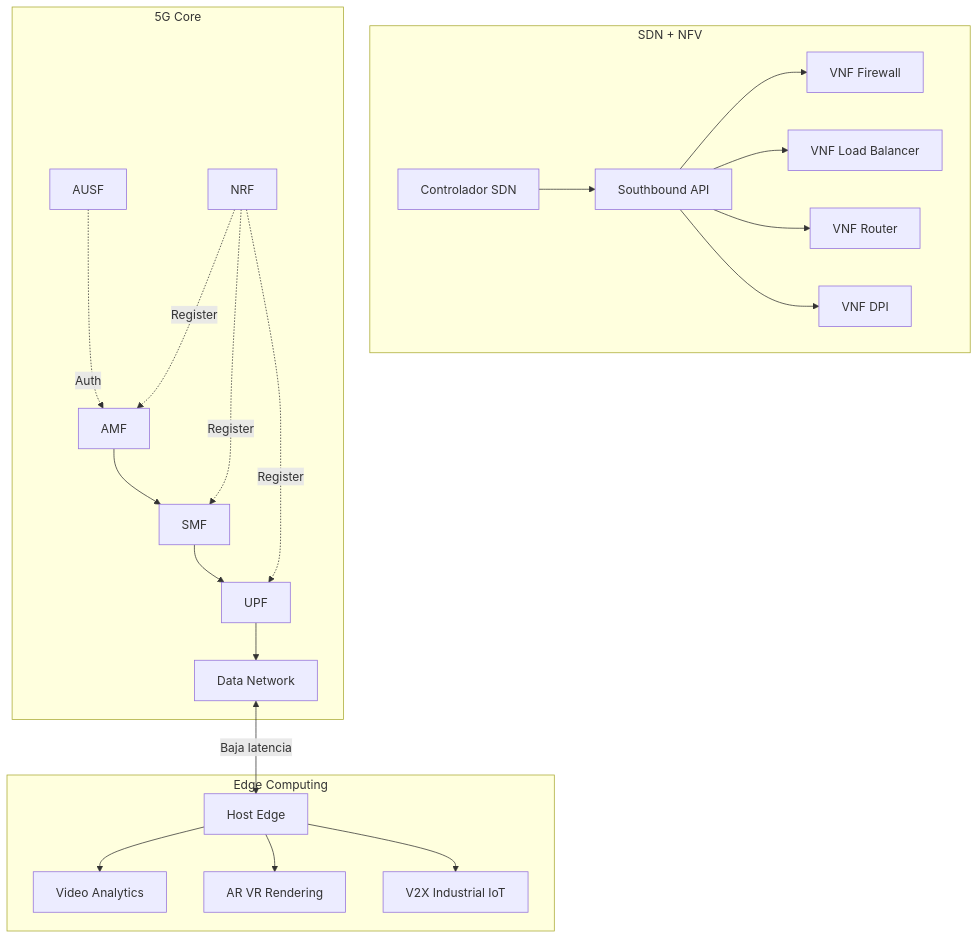
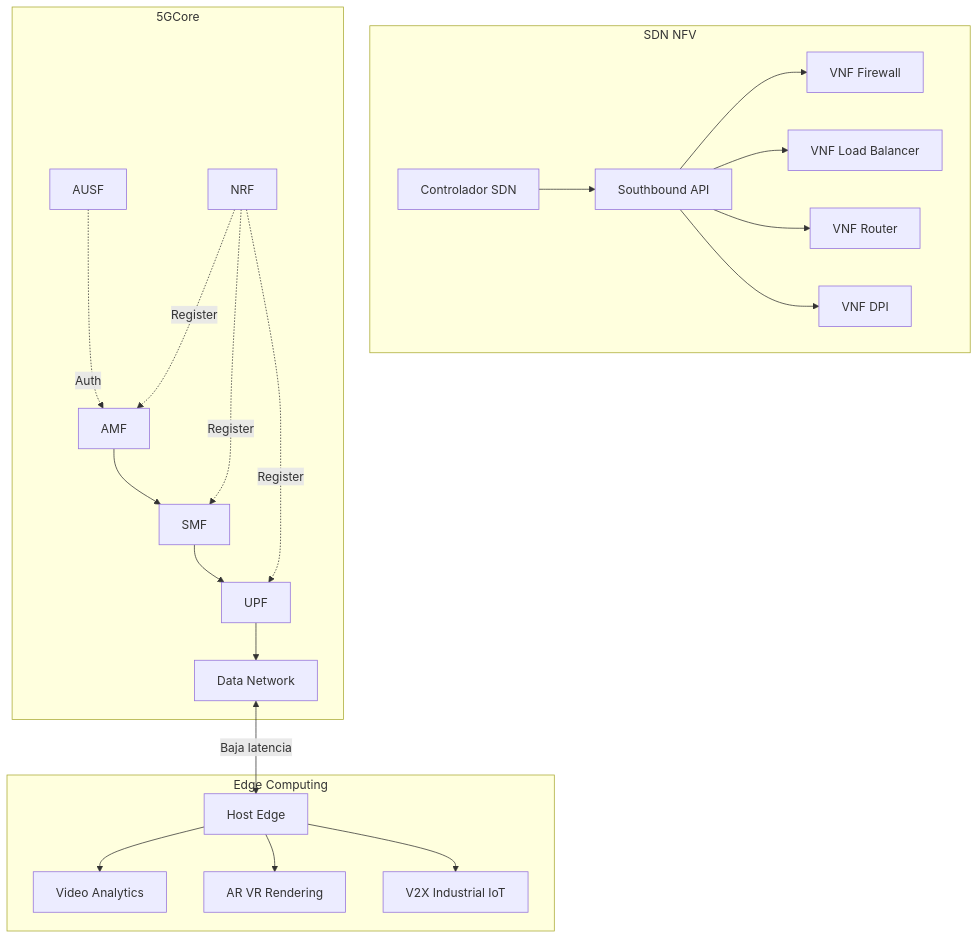
Before and after one commit to Mateo-404/AGI: the second of 2 diagrams in contenido/introduccion-comunicaciones/lecciones/l7-1.md, drawn with Mermaid. The commit also changed other lines of this file and 27 other files, not shown here.

First line of the commit message:
introduccion-comunicaciones: expandir lecciones, agregar diagramas Mermaid, bloques interactivos y corregir orígenes

````diff
--- a/contenido/introduccion-comunicaciones/lecciones/l7-1.md
+++ b/contenido/introduccion-comunicaciones/lecciones/l7-1.md
@@ -176,25 +176,25 @@
 ```mermaid Tendencias: SDN, NFV, 5G, Edge
 flowchart TB
-    subgraph SDN_NFV [SDN + NFV]
+    subgraph SDN_NFV [SDN NFV]
         CTRL[Controlador SDN] --> SB[Southbound API]
         SB --> VNF1[VNF Firewall]
         SB --> VNF2[VNF Load Balancer]
         SB --> VNF3[VNF Router]
         SB --> VNF4[VNF DPI]
     end
-    subgraph FIVE_G [5G Core]
+    subgraph FIVE_G [5GCore]
         AMF[AMF] --> SMF[SMF]
         SMF --> UPF[UPF]
         UPF --> DN[Data Network]
         AUSF[AUSF] -.->|Auth| AMF
         NRF[NRF] -.->|Register| AMF
         NRF -.->|Register| SMF
         NRF -.->|Register| UPF
     end
     subgraph EDGE [Edge Computing]
         EDGE_HOST[Host Edge] --> APP1[Video Analytics]
         EDGE_HOST --> APP2[AR VR Rendering]
         EDGE_HOST --> APP3[V2X Industrial IoT]
         DN <-- Baja latencia --> EDGE_HOST
     end
 ```
````
